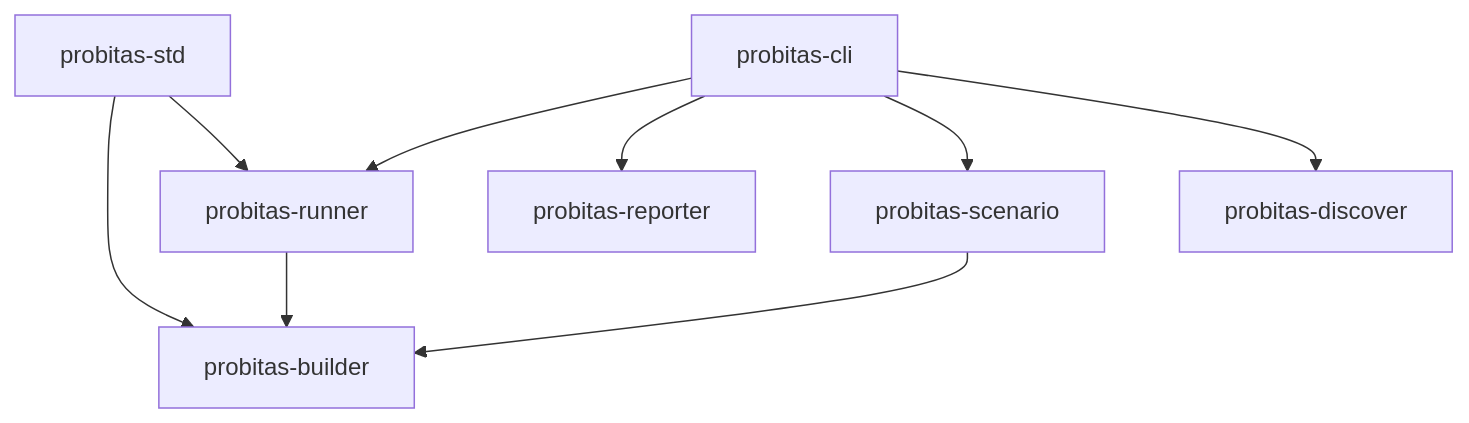
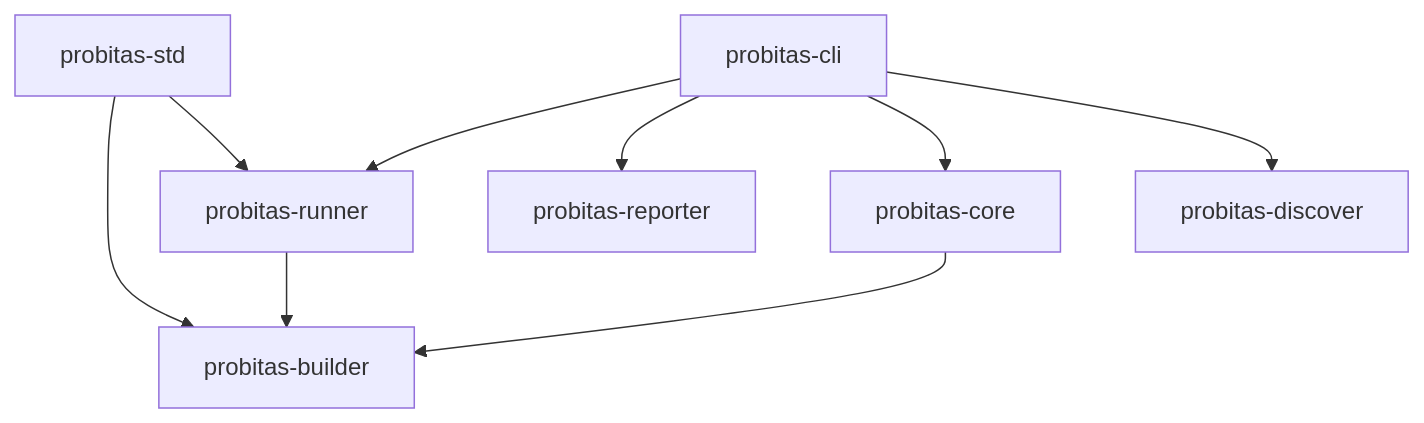
The diagram in .claude/structure.md (probitas-test/probitas), drawn with Mermaid before and after one commit. The commit also changed other lines of this file and 44 other files, not shown here.

First line of the commit message:
BREAKING(@probitas/core): rename @probitas/scenario to @probitas/core

````diff
--- a/.claude/structure.md
+++ b/.claude/structure.md
@@ -23,11 +23,11 @@
 ```mermaid
 graph TD
     std[probitas-std] --> builder[probitas-builder]
     std --> runner[probitas-runner]
     cli[probitas-cli] --> runner
     cli --> reporter[probitas-reporter]
-    cli --> scenario[probitas-scenario]
+    cli --> scenario[probitas-core]
     cli --> discover[probitas-discover]
     runner --> builder
     scenario --> builder
 ```
````
